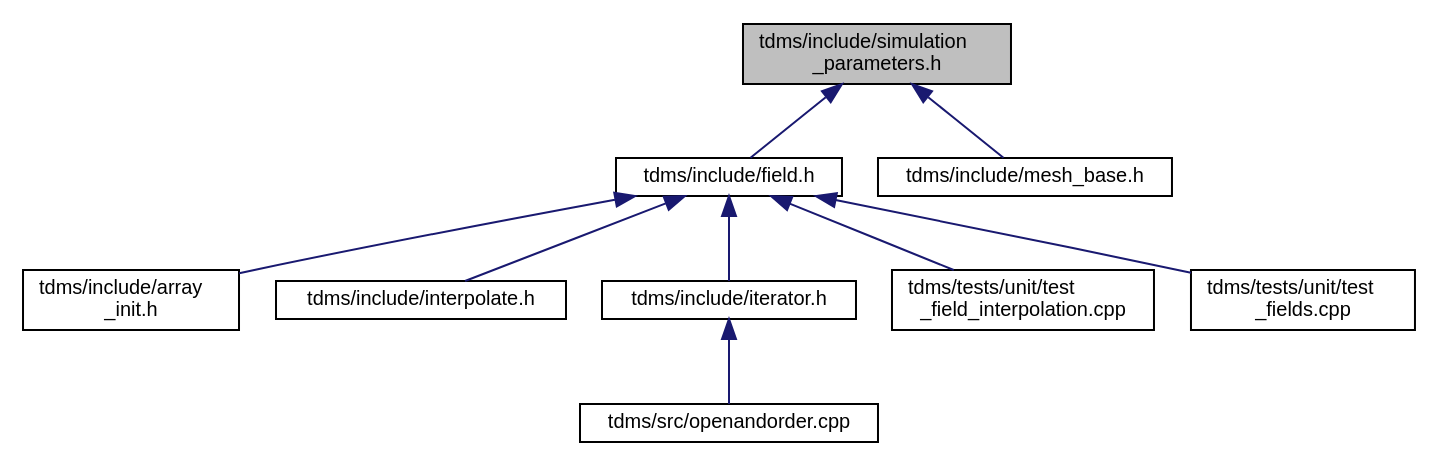
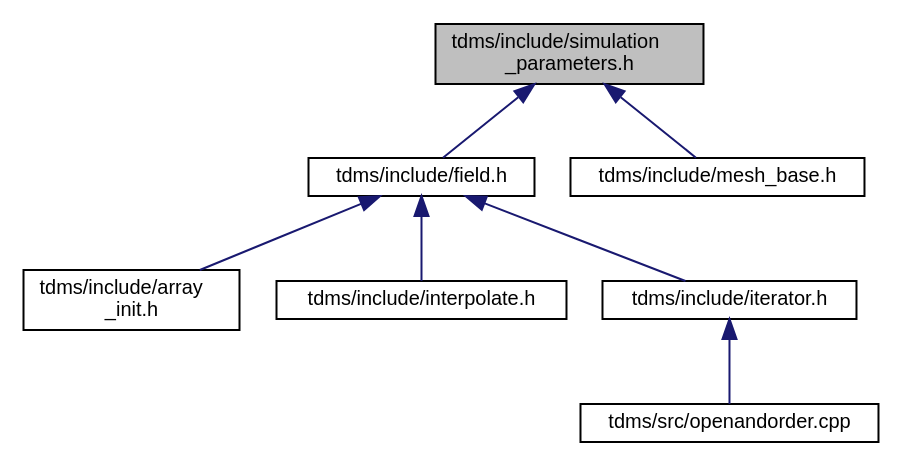
Before and after one commit to UCL/TDMS: the diagram in simulation__parameters_8h__dep__incl.dot, drawn with Graphviz. The commit also changed 101 other files, not shown here.

```diff
--- a/simulation__parameters_8h__dep__incl.dot
+++ b/simulation__parameters_8h__dep__incl.dot
@@ -1,23 +1,19 @@
 digraph "tdms/include/simulation_parameters.h"
 {
  // LATEX_PDF_SIZE
   edge [fontname="Helvetica",fontsize="10",labelfontname="Helvetica",labelfontsize="10"];
   node [fontname="Helvetica",fontsize="10",shape=record];
   Node1 [label="tdms/include/simulation\l_parameters.h",height=0.2,width=0.4,color="black", fillcolor="grey75", style="filled", fontcolor="black",tooltip="Classes collecting parameters for the simulation."];
   Node1 -> Node2 [dir="back",color="midnightblue",fontsize="10",style="solid",fontname="Helvetica"];
   Node2 [label="tdms/include/field.h",height=0.2,width=0.4,color="black", fillcolor="white", style="filled",URL="$field_8h.html",tooltip="Classes for the electric and magnetic (split) fields on a grid."];
   Node2 -> Node3 [dir="back",color="midnightblue",fontsize="10",style="solid",fontname="Helvetica"];
   Node3 [label="tdms/include/array\l_init.h",height=0.2,width=0.4,color="black", fillcolor="white", style="filled",URL="$array__init_8h.html",tooltip="A collection of functions for array initialisation given MATLAB pointers."];
   Node2 -> Node4 [dir="back",color="midnightblue",fontsize="10",style="solid",fontname="Helvetica"];
   Node4 [label="tdms/include/interpolate.h",height=0.2,width=0.4,color="black", fillcolor="white", style="filled",URL="$interpolate_8h.html",tooltip="Interpolation of field values within FDTD grid."];
   Node2 -> Node5 [dir="back",color="midnightblue",fontsize="10",style="solid",fontname="Helvetica"];
   Node5 [label="tdms/include/iterator.h",height=0.2,width=0.4,color="black", fillcolor="white", style="filled",URL="$iterator_8h.html",tooltip="The main time propogation algorithm."];
   Node5 -> Node6 [dir="back",color="midnightblue",fontsize="10",style="solid",fontname="Helvetica"];
   Node6 [label="tdms/src/openandorder.cpp",height=0.2,width=0.4,color="black", fillcolor="white", style="filled",URL="$openandorder_8cpp.html",tooltip="Launch and file IO."];
-  Node2 -> Node7 [dir="back",color="midnightblue",fontsize="10",style="solid",fontname="Helvetica"];
-  Node7 [label="tdms/tests/unit/test\l_field_interpolation.cpp",height=0.2,width=0.4,color="black", fillcolor="white", style="filled",URL="$test__field__interpolation_8cpp.html",tooltip="Tests interpolation of E- and H-fields and compares the errors against MATLAB benchmarks."];
-  Node2 -> Node8 [dir="back",color="midnightblue",fontsize="10",style="solid",fontname="Helvetica"];
-  Node8 [label="tdms/tests/unit/test\l_fields.cpp",height=0.2,width=0.4,color="black", fillcolor="white", style="filled",URL="$test__fields_8cpp.html",tooltip="Test of the Field class and subclasses."];
-  Node1 -> Node9 [dir="back",color="midnightblue",fontsize="10",style="solid",fontname="Helvetica"];
-  Node9 [label="tdms/include/mesh_base.h",height=0.2,width=0.4,color="black", fillcolor="white", style="filled",URL="$mesh__base_8h.html",tooltip="Generation of orientated mesh."];
+  Node1 -> Node7 [dir="back",color="midnightblue",fontsize="10",style="solid",fontname="Helvetica"];
+  Node7 [label="tdms/include/mesh_base.h",height=0.2,width=0.4,color="black", fillcolor="white", style="filled",URL="$mesh__base_8h.html",tooltip="Generation of orientated mesh."];
 }
```
